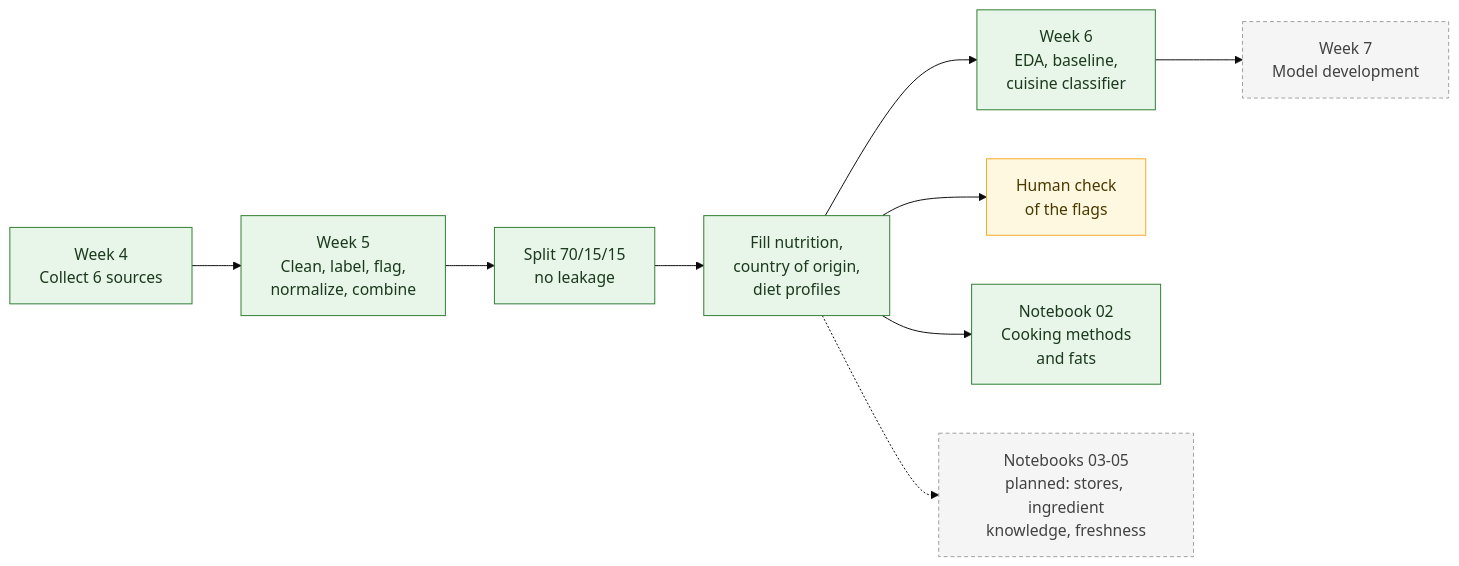
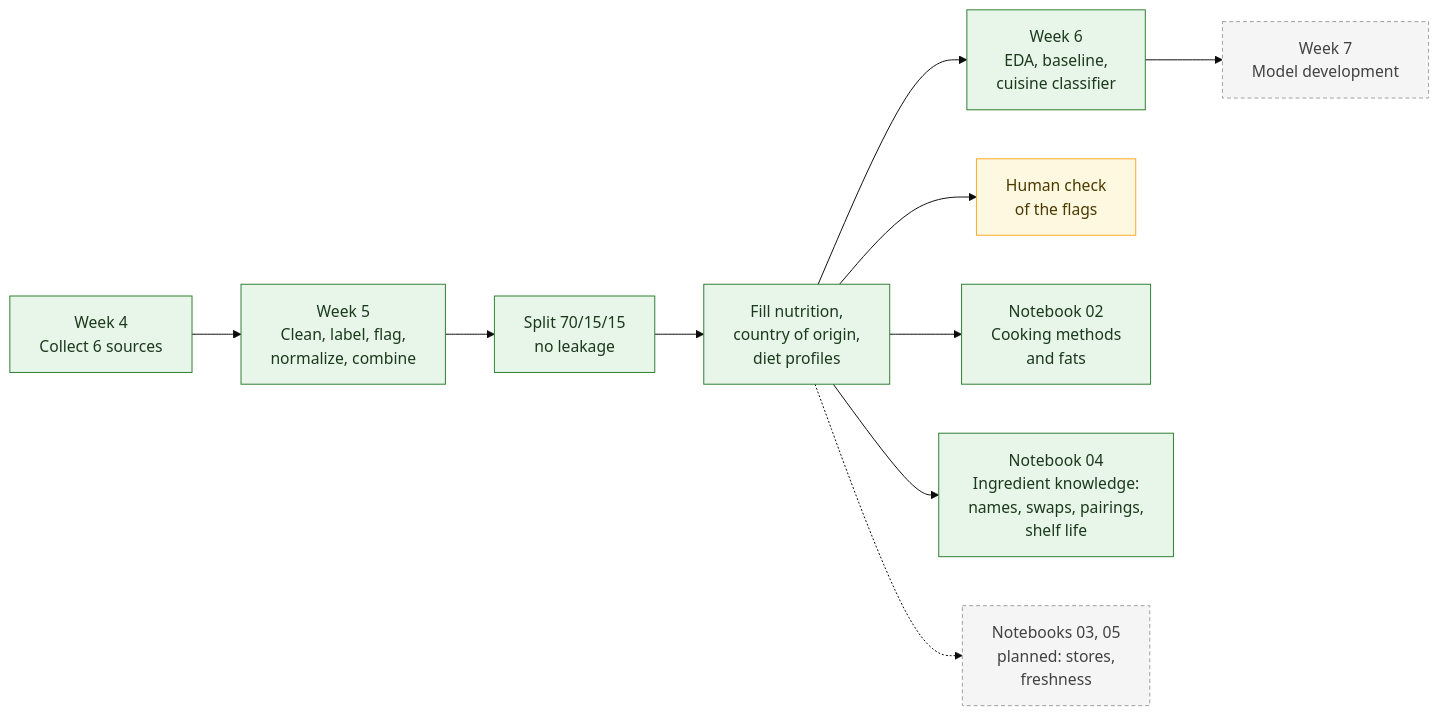
The second of 3 diagrams in README.md (Chloe-Tu2/The-EverFlavor-AI), drawn with Mermaid (base theme) before and after one commit. The commit also changed other lines of this file and 9 other files, not shown here.

First line of the commit message:
Build notebook 04: ingredient names, substitutions, pairings and shelf life

````diff
--- a/README.md
+++ b/README.md
@@ -167,18 +167,19 @@
 ```mermaid
 flowchart LR
     A[Week 4<br/>Collect 6 sources] --> B[Week 5<br/>Clean, label, flag,<br/>normalize, combine]
     B --> C[Split 70/15/15<br/>no leakage]
     C --> G[Fill nutrition,<br/>country of origin,<br/>diet profiles]
     G --> D[Week 6<br/>EDA, baseline,<br/>cuisine classifier]
     D --> E[Week 7<br/>Model development]
     G --> H[Human check<br/>of the flags]
     G --> F[Notebook 02<br/>Cooking methods<br/>and fats]
-    G -.-> P[Notebooks 03-05<br/>planned: stores, ingredient<br/>knowledge, freshness]
+    G --> K[Notebook 04<br/>Ingredient knowledge:<br/>names, swaps, pairings,<br/>shelf life]
+    G -.-> P[Notebooks 03, 05<br/>planned: stores,<br/>freshness]
 
     classDef done fill:#E8F5E9,stroke:#2E7D32,color:#1B3A1D
     classDef people fill:#FFF8E1,stroke:#F9A825,color:#4A3A00
     classDef next fill:#F5F5F5,stroke:#9E9E9E,color:#424242,stroke-dasharray:4 3
-    class A,B,C,G,D,F done
+    class A,B,C,G,D,F,K done
     class H people
     class E,P next
 ```
````
